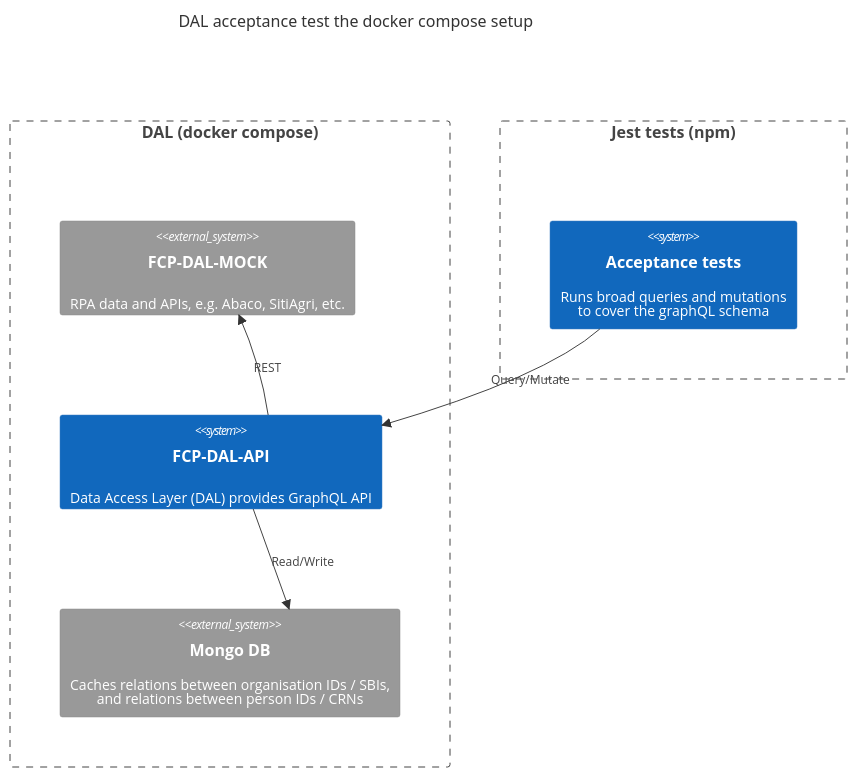
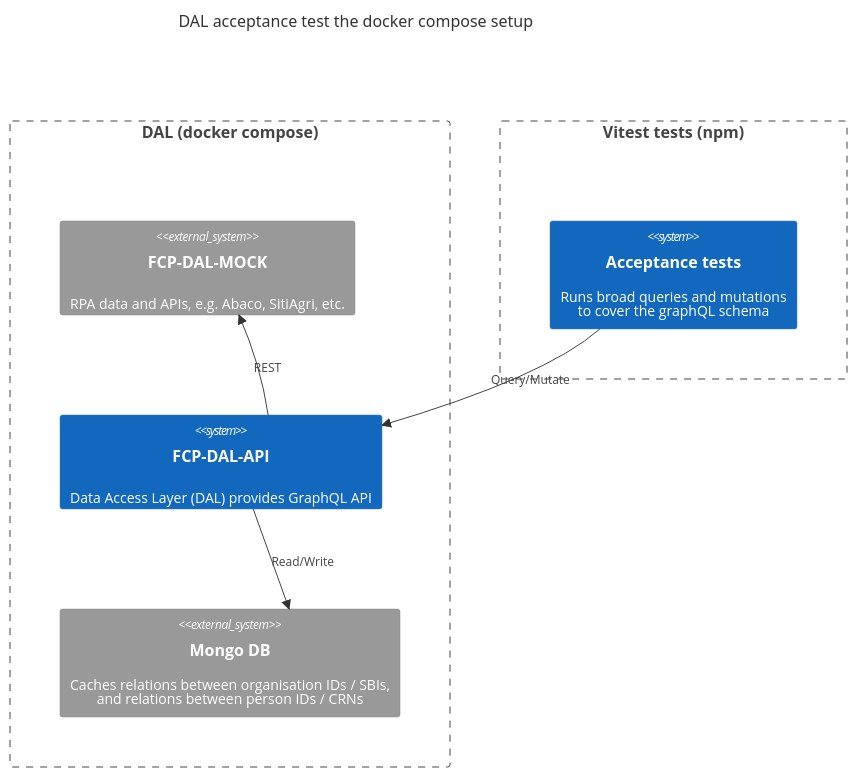
One commit to DEFRA/fcp-dal-api changed the fourth of 8 diagrams in docs/architecture.md. Above: the diagram before and after it, drawn with Mermaid. The commit also changed other lines of this file and 114 other files, not shown here.

````diff
--- a/docs/architecture.md
+++ b/docs/architecture.md
@@ -132,22 +132,22 @@
 ```mermaid
 C4Context
   title DAL acceptance test the docker compose setup
 
   Boundary(fcp-dal, "DAL (docker compose)", "") {
     System_Ext(dal-mock, "FCP-DAL-MOCK", "RPA data and APIs, e.g. Abaco, SitiAgri, etc.")
     System(dal-api, "FCP-DAL-API", "Data Access Layer (DAL) provides GraphQL API")
     System_Ext(mongo, "Mongo DB", "Caches relations between organisation IDs / SBIs,
       <br />
       and relations between person IDs / CRNs")
   }
 
-  Boundary(jest, "Jest tests (npm)", "") {
+  Boundary(vitest, "Vitest tests (npm)", "") {
     System(tests, "Acceptance tests", "Runs broad queries and mutations
       <br />
       to cover the graphQL schema")
   }
 
   Rel(dal-api, mongo, "Read/Write")
   Rel(dal-api, dal-mock, "REST")
   Rel(tests, dal-api, "Query/Mutate")
 ```
````
